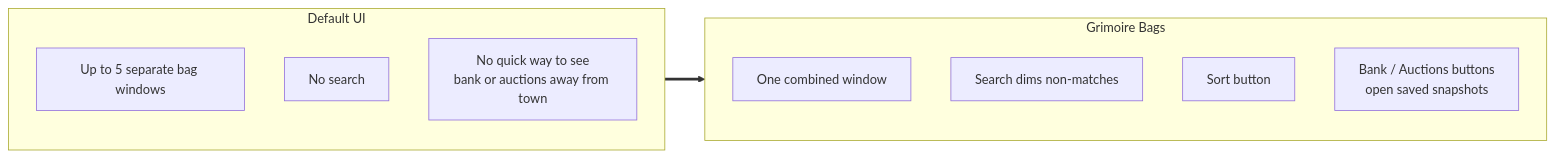
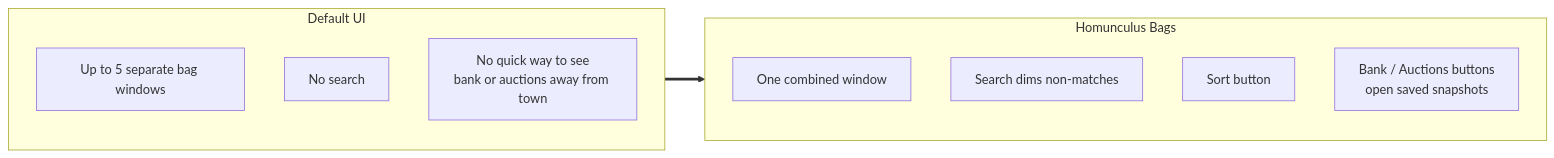
The first of 3 diagrams in docs/features/bags/README.md (PhillypHenning/grimoire), drawn with Mermaid before and after one commit. The commit also changed other lines of this file and 178 other files, not shown here.

First line of the commit message:
Rename the suite from Grimoire to Homunculus (ADR 0010)

````diff
--- a/docs/features/bags/README.md
+++ b/docs/features/bags/README.md
@@ -15,15 +15,15 @@
 ```mermaid
 flowchart LR
     subgraph Default["Default UI"]
         B1[Up to 5 separate bag windows]
         B2[No search]
         B3[No quick way to see<br/>bank or auctions away from town]
     end
-    subgraph Grimoire["Grimoire Bags"]
+    subgraph Homunculus["Homunculus Bags"]
         S1[One combined window]
         S2[Search dims non-matches]
         S3[Sort button]
         S4[Bank / Auctions buttons<br/>open saved snapshots]
     end
-    Default ==> Grimoire
+    Default ==> Homunculus
 ```
````
